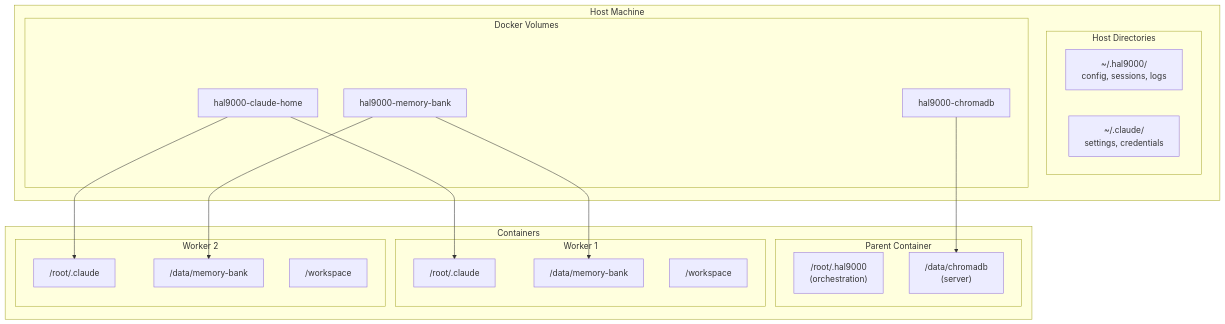
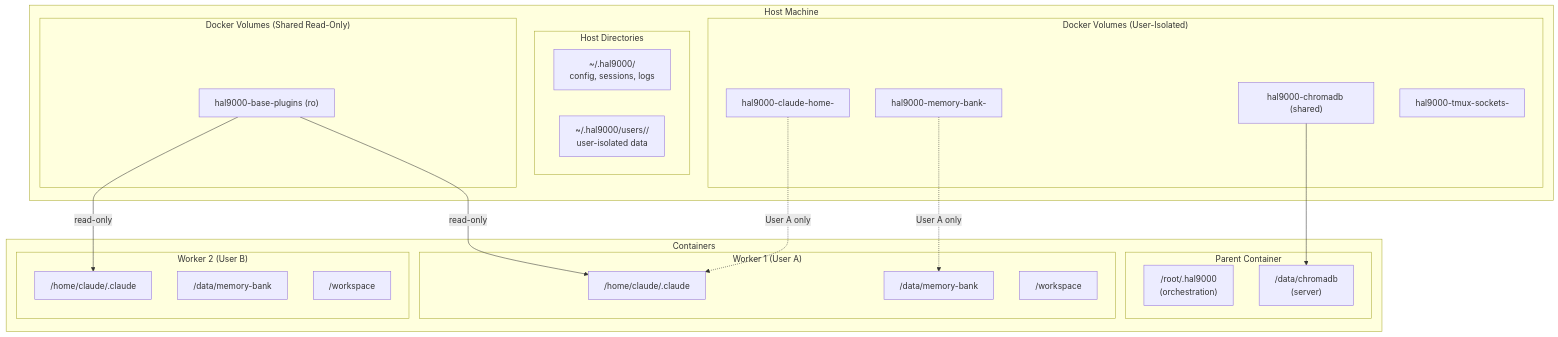
The first of 2 diagrams in plugins/hal-9000/docker/VOLUME-ARCHITECTURE.md (Hellblazer/hal-9000), drawn with Mermaid before and after one commit. The commit also changed other lines of this file and 20 other files, not shown here.

````diff
--- a/plugins/hal-9000/docker/VOLUME-ARCHITECTURE.md
+++ b/plugins/hal-9000/docker/VOLUME-ARCHITECTURE.md
@@ -7,40 +17,45 @@
 ```mermaid
 graph TB
     subgraph Host["Host Machine"]
         subgraph HostDirs["Host Directories"]
             HAL["~/.hal9000/<br/>config, sessions, logs"]
-            CLAUDE["~/.claude/<br/>settings, credentials"]
+            USERDIRS["~/.hal9000/users/<hash>/<br/>user-isolated data"]
         end
 
-        subgraph DockerVols["Docker Volumes"]
-            V1["hal9000-chromadb"]
-            V2["hal9000-memory-bank"]
-            V3["hal9000-claude-home"]
+        subgraph DockerVols["Docker Volumes (User-Isolated)"]
+            V1["hal9000-chromadb (shared)"]
+            V2["hal9000-memory-bank-<hash>"]
+            V3["hal9000-claude-home-<hash>"]
+            V4["hal9000-tmux-sockets-<hash>"]
+        end
+
+        subgraph SharedVols["Docker Volumes (Shared Read-Only)"]
+            V5["hal9000-base-plugins (ro)"]
         end
     end
 
     subgraph Containers["Containers"]
         subgraph Parent["Parent Container"]
             P1["/root/.hal9000<br/>(orchestration)"]
             P2["/data/chromadb<br/>(server)"]
         end
 
-        subgraph W1["Worker 1"]
-            W1C["/root/.claude"]
+        subgraph W1["Worker 1 (User A)"]
+            W1C["/home/claude/.claude"]
             W1D["/data/memory-bank"]
             W1W["/workspace"]
         end
 
-        subgraph W2["Worker 2"]
-            W2C["/root/.claude"]
+        subgraph W2["Worker 2 (User B)"]
+            W2C["/home/claude/.claude"]
             W2D["/data/memory-bank"]
             W2W["/workspace"]
         end
     end
 
     V1 --> P2
-    V2 --> W1D
-    V2 --> W2D
-    V3 --> W1C
-    V3 --> W2C
+    V2 -.->|"User A only"| W1D
+    V3 -.->|"User A only"| W1C
+    V5 -->|"read-only"| W1C
+    V5 -->|"read-only"| W2C
 ```
````
